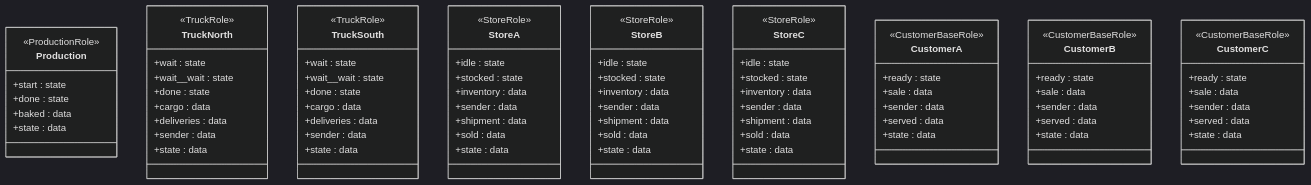
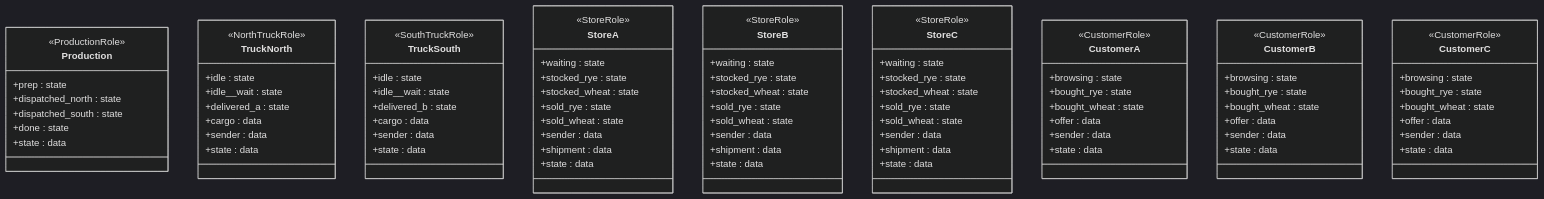
Before and after one commit to rfielding/go-ctl2: diagram 20 of 36 in docs/build/ir.generated.md, drawn with Mermaid (dark theme). The commit also changed other lines of this file and 5 other files, not shown here.

````diff
--- a/docs/build/ir.generated.md
+++ b/docs/build/ir.generated.md
@@ -1157,84 +1322,89 @@
 ```mermaid
 classDiagram
     class Production {
-        +start : state
+        +prep : state
+        +dispatched_north : state
+        +dispatched_south : state
         +done : state
-        +baked : data
         +state : data
     }
     <<ProductionRole>> Production
     class TruckNorth {
-        +wait : state
-        +wait__wait : state
-        +done : state
+        +idle : state
+        +idle__wait : state
+        +delivered_a : state
         +cargo : data
-        +deliveries : data
         +sender : data
         +state : data
     }
-    <<TruckRole>> TruckNorth
+    <<NorthTruckRole>> TruckNorth
     class TruckSouth {
-        +wait : state
-        +wait__wait : state
-        +done : state
+        +idle : state
+        +idle__wait : state
+        +delivered_b : state
         +cargo : data
-        +deliveries : data
         +sender : data
         +state : data
     }
-    <<TruckRole>> TruckSouth
+    <<SouthTruckRole>> TruckSouth
     class StoreA {
-        +idle : state
-        +stocked : state
-        +inventory : data
+        +waiting : state
+        +stocked_rye : state
+        +stocked_wheat : state
+        +sold_rye : state
+        +sold_wheat : state
         +sender : data
         +shipment : data
-        +sold : data
         +state : data
     }
     <<StoreRole>> StoreA
     class StoreB {
-        +idle : state
-        +stocked : state
-        +inventory : data
+        +waiting : state
+        +stocked_rye : state
+        +stocked_wheat : state
+        +sold_rye : state
+        +sold_wheat : state
         +sender : data
         +shipment : data
-        +sold : data
         +state : data
     }
     <<StoreRole>> StoreB
     class StoreC {
-        +idle : state
-        +stocked : state
-        +inventory : data
+        +waiting : state
+        +stocked_rye : state
+        +stocked_wheat : state
+        +sold_rye : state
+        +sold_wheat : state
         +sender : data
         +shipment : data
-        +sold : data
         +state : data
     }
     <<StoreRole>> StoreC
     class CustomerA {
-        +ready : state
-        +sale : data
+        +browsing : state
+        +bought_rye : state
+        +bought_wheat : state
+        +offer : data
         +sender : data
-        +served : data
         +state : data
     }
-    <<CustomerBaseRole>> CustomerA
+    <<CustomerRole>> CustomerA
     class CustomerB {
-        +ready : state
-        +sale : data
+        +browsing : state
+        +bought_rye : state
+        +bought_wheat : state
+        +offer : data
         +sender : data
-        +served : data
         +state : data
     }
-    <<CustomerBaseRole>> CustomerB
+    <<CustomerRole>> CustomerB
     class CustomerC {
-        +ready : state
-        +sale : data
+        +browsing : state
+        +bought_rye : state
+        +bought_wheat : state
+        +offer : data
         +sender : data
-        +served : data
         +state : data
     }
-    <<CustomerBaseRole>> CustomerC
+    <<CustomerRole>> CustomerC
 ```
````
